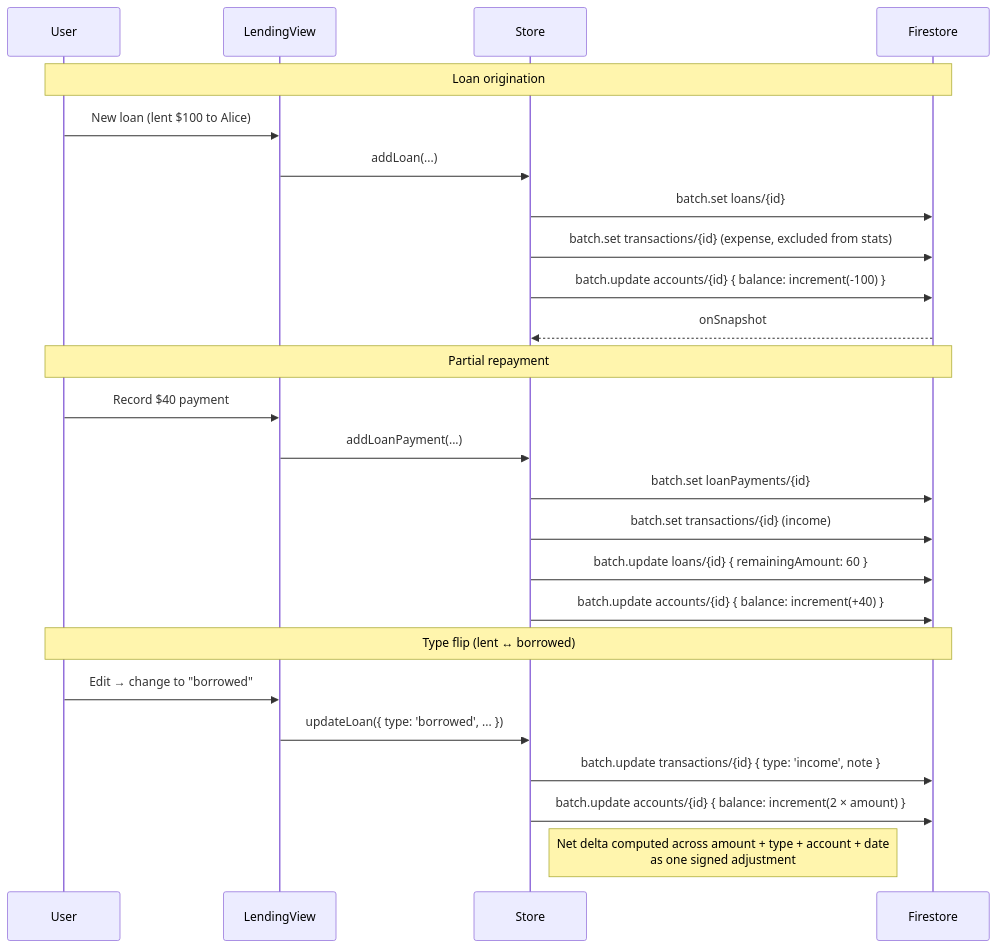
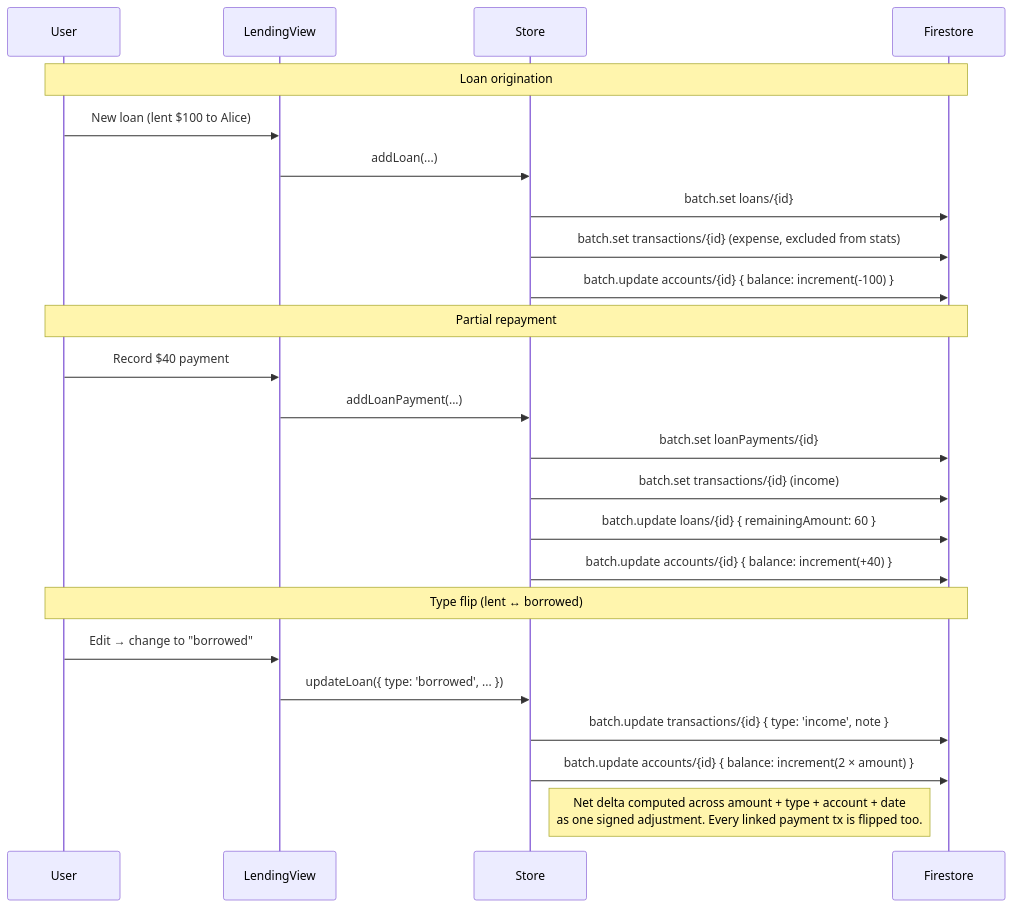
One commit to kalmux1/Kalcy changed the fifth of 10 diagrams in README.md. Above: the diagram before and after it, drawn with Mermaid. The commit also changed other lines of this file and 21 other files, not shown here.

````diff
--- a/README.md
+++ b/README.md
@@ -608,30 +636,29 @@
 ```mermaid
 sequenceDiagram
     participant U as User
     participant LV as LendingView
     participant S as Store
     participant FS as Firestore
 
     Note over U,FS: Loan origination
     U->>LV: New loan (lent $100 to Alice)
     LV->>S: addLoan(...)
     S->>FS: batch.set loans/{id}
     S->>FS: batch.set transactions/{id} (expense, excluded from stats)
     S->>FS: batch.update accounts/{id} { balance: increment(-100) }
-    FS-->>S: onSnapshot
 
     Note over U,FS: Partial repayment
     U->>LV: Record $40 payment
     LV->>S: addLoanPayment(...)
     S->>FS: batch.set loanPayments/{id}
     S->>FS: batch.set transactions/{id} (income)
     S->>FS: batch.update loans/{id} { remainingAmount: 60 }
     S->>FS: batch.update accounts/{id} { balance: increment(+40) }
 
     Note over U,FS: Type flip (lent ↔ borrowed)
     U->>LV: Edit → change to "borrowed"
     LV->>S: updateLoan({ type: 'borrowed', ... })
     S->>FS: batch.update transactions/{id} { type: 'income', note }
     S->>FS: batch.update accounts/{id} { balance: increment(2 × amount) }
-    Note right of S: Net delta computed across amount + type + account + date<br/>as one signed adjustment
+    Note right of S: Net delta computed across amount + type + account + date<br/>as one signed adjustment. Every linked payment tx is flipped too.
 ```
````
